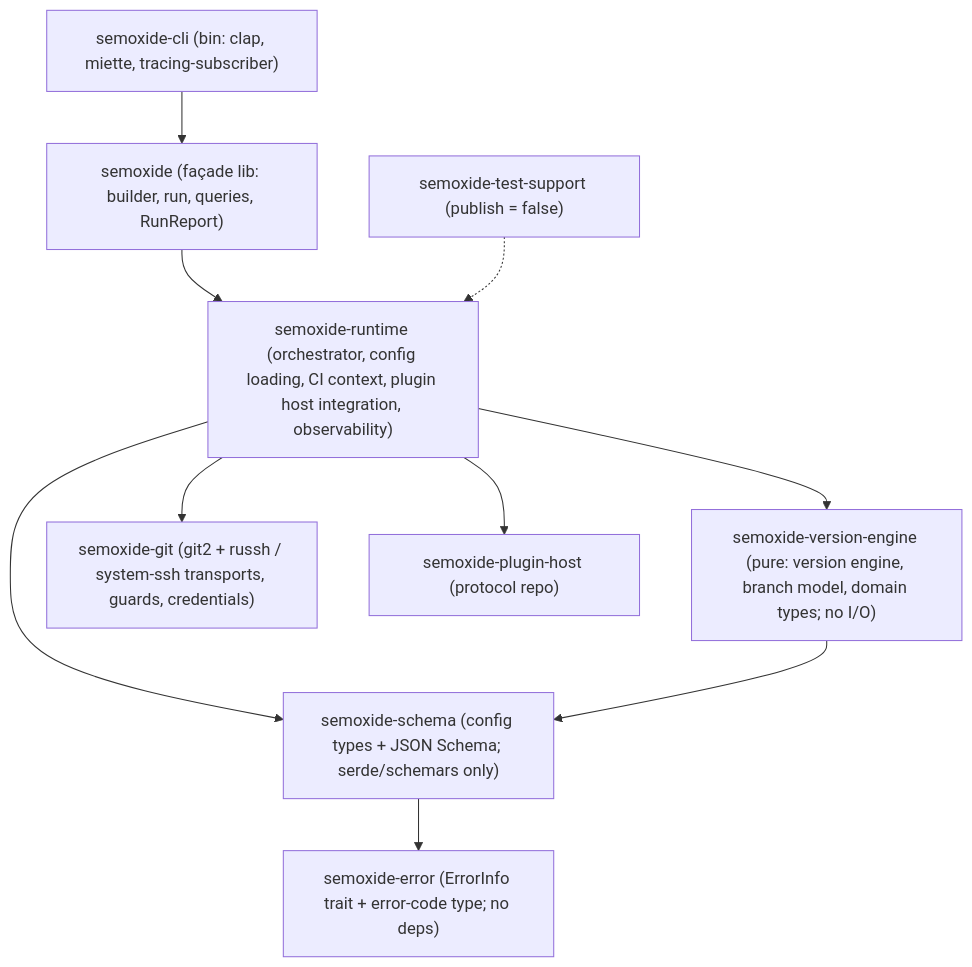
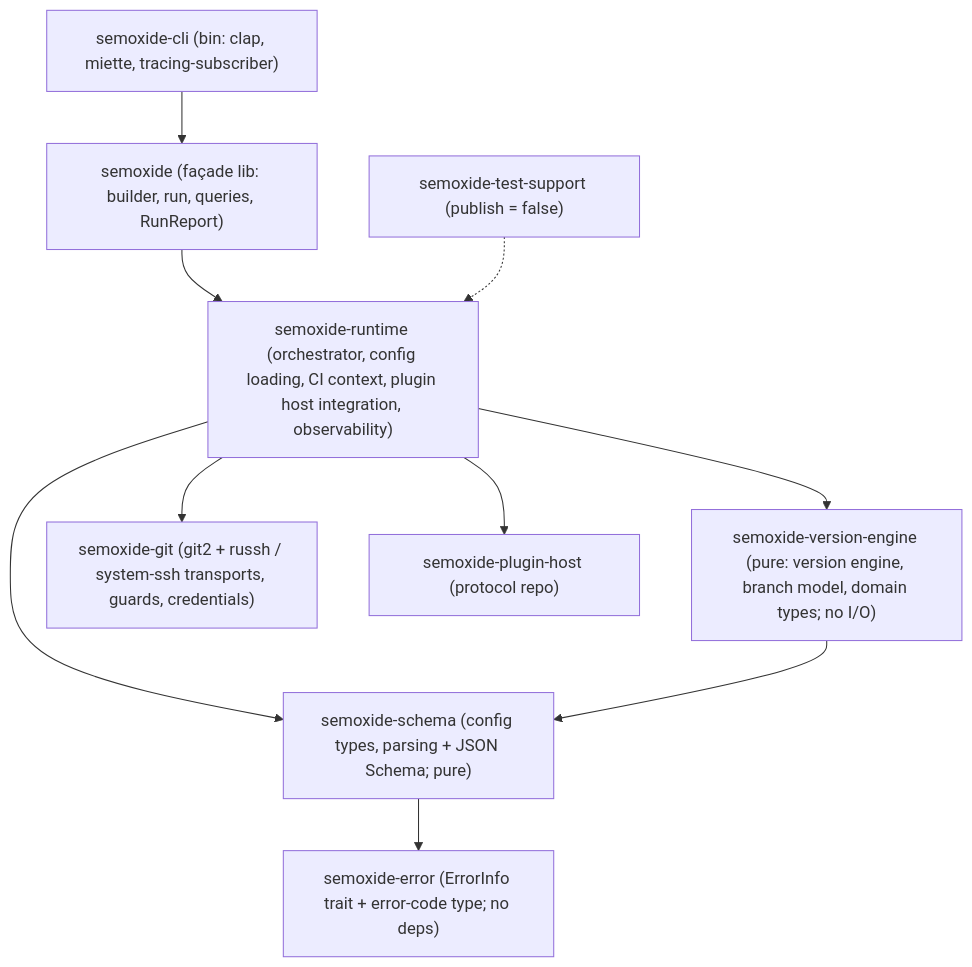
The diagram in docs/CODE-ARCHITECTURE.md (semoxide/semoxide), drawn with Mermaid before and after one commit. The commit also changed other lines of this file and 14 other files, not shown here.

First line of the commit message:
test: config types, defaults and rejections against a stub

````diff
--- a/docs/CODE-ARCHITECTURE.md
+++ b/docs/CODE-ARCHITECTURE.md
@@ -9,12 +9,12 @@
 ```mermaid
 flowchart TD
     cli["semoxide-cli (bin: clap, miette, tracing-subscriber)"] --> facade["semoxide (façade lib: builder, run, queries, RunReport)"]
     facade --> runtime["semoxide-runtime (orchestrator, config loading, CI context, plugin host integration, observability)"]
     runtime --> engine["semoxide-version-engine (pure: version engine, branch model, domain types; no I/O)"]
-    runtime --> schema["semoxide-schema (config types + JSON Schema; serde/schemars only)"]
+    runtime --> schema["semoxide-schema (config types, parsing + JSON Schema; pure)"]
     runtime --> git["semoxide-git (git2 + russh / system-ssh transports, guards, credentials)"]
     runtime --> host["semoxide-plugin-host (protocol repo)"]
     engine --> schema
     schema --> err["semoxide-error (ErrorInfo trait + error-code type; no deps)"]
     tests["semoxide-test-support (publish = false)"] -.-> runtime
 ```
````
